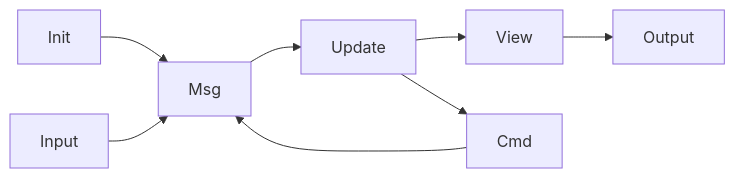
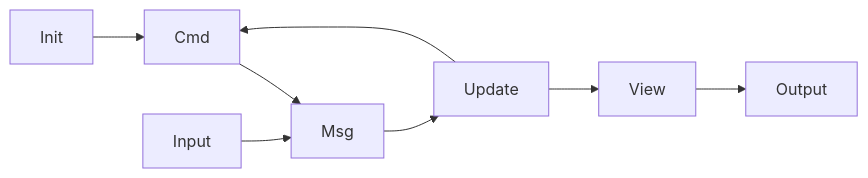
One commit to caarlos0/gophercon-2025 changed the second of 2 diagrams in slides.md. Above: the diagram before and after it, drawn with Mermaid. The commit also changed other lines of this file and 1 other file, not shown here.

````diff
--- a/slides.md
+++ b/slides.md
@@ -405,10 +418,10 @@
 ```mermaid
 flowchart LR
-    Init --> Msg
+    Init --> Cmd
     Msg --> Update
     Update --> View
     Update --> Cmd
     Cmd --> Msg
     Input --> Msg
     View --> Output
 ```
````
